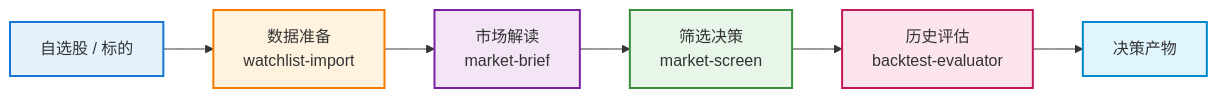
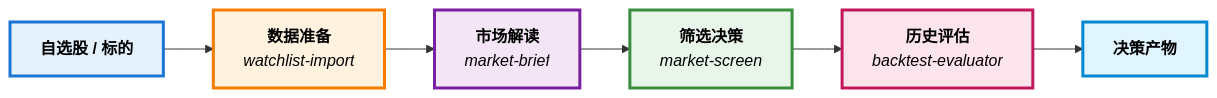
One commit to NatsuFox/A-Stockit changed the first of 2 diagrams in README.md. Above: the diagram before and after it, drawn with Mermaid. The commit also changed other lines of this file, not shown here.

Commit message:
docs(readme): enhance text visibility in workflow diagrams
- Use bold HTML tags for main titles to make them stand out
- Use italic tags for skill names to differentiate them
- Increase stroke width from 2px to 3px for better borders
- Add explicit black text color for maximum contrast
- Improve overall readability and visual hierarchy

The enhanced text styling makes the workflow diagrams more
professional and easier to read at a glance.

````diff
--- a/README.md
+++ b/README.md
@@ -185,15 +185,15 @@
 ```mermaid
 flowchart LR
-    A[自选股 / 标的] --> B[数据准备<br/>watchlist-import]
-    B --> C[市场解读<br/>market-brief]
-    C --> D[筛选决策<br/>market-screen]
-    D --> E[历史评估<br/>backtest-evaluator]
-    E --> F[决策产物]
+    A["<b>自选股 / 标的</b>"] --> B["<b>数据准备</b><br/><i>watchlist-import</i>"]
+    B --> C["<b>市场解读</b><br/><i>market-brief</i>"]
+    C --> D["<b>筛选决策</b><br/><i>market-screen</i>"]
+    D --> E["<b>历史评估</b><br/><i>backtest-evaluator</i>"]
+    E --> F["<b>决策产物</b>"]
 
-    style A fill:#e3f2fd,stroke:#1976d2,stroke-width:2px
-    style B fill:#fff3e0,stroke:#f57c00,stroke-width:2px
-    style C fill:#f3e5f5,stroke:#7b1fa2,stroke-width:2px
-    style D fill:#e8f5e9,stroke:#388e3c,stroke-width:2px
-    style E fill:#fce4ec,stroke:#c2185b,stroke-width:2px
-    style F fill:#e1f5ff,stroke:#0288d1,stroke-width:2px
+    style A fill:#e3f2fd,stroke:#1976d2,stroke-width:3px,color:#000
+    style B fill:#fff3e0,stroke:#f57c00,stroke-width:3px,color:#000
+    style C fill:#f3e5f5,stroke:#7b1fa2,stroke-width:3px,color:#000
+    style D fill:#e8f5e9,stroke:#388e3c,stroke-width:3px,color:#000
+    style E fill:#fce4ec,stroke:#c2185b,stroke-width:3px,color:#000
+    style F fill:#e1f5ff,stroke:#0288d1,stroke-width:3px,color:#000
 ```
````
